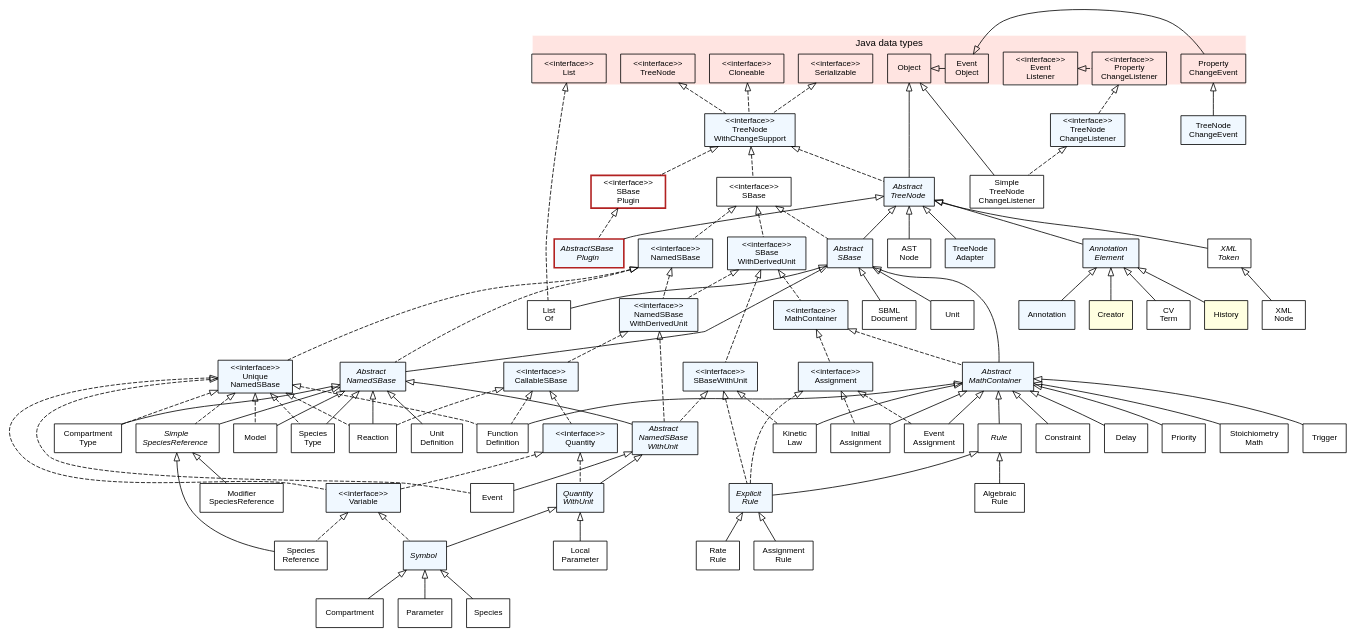
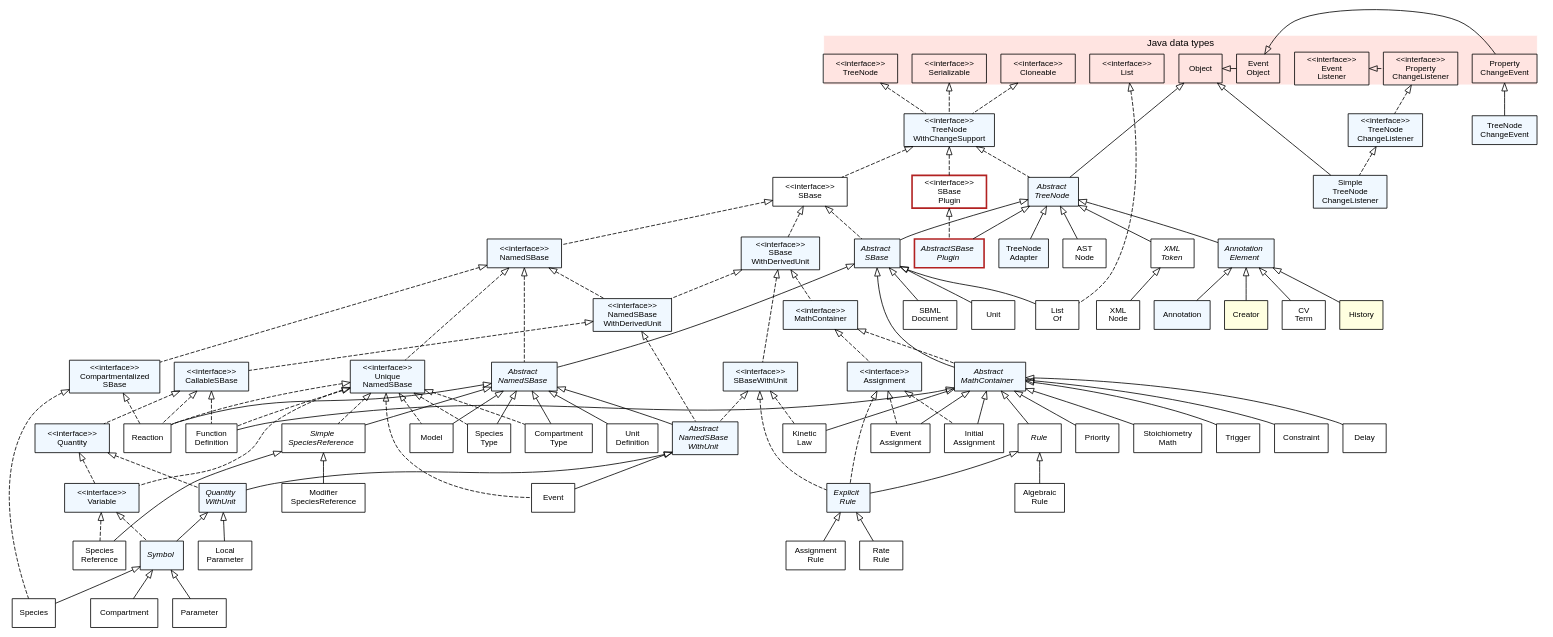
The diagram in core/doc/common/img/FullTypeHierarchy.dot (ChavaVennela/jsbml), drawn with Graphviz before and after one commit. The commit also changed 54 other files, not shown here.

```diff
--- a/core/doc/common/img/FullTypeHierarchy.dot
+++ b/core/doc/common/img/FullTypeHierarchy.dot
@@ -67,6 +67,7 @@
 
   Assignment                               [label="<<interface>>\nAssignment", style="filled", fillcolor="#F0F8FF"];
   CallableSBase                            [label="<<interface>>\nCallableSBase", style="filled", fillcolor="#F0F8FF"];
+  CompartmentalizedSBase                   [label="<<interface>>\nCompartmentalized\nSBase", style="filled", fillcolor="#F0F8FF"];
   MathContainer                            [label="<<interface>>\nMathContainer", style="filled", fillcolor="#F0F8FF"];
   NamedSBase                               [label="<<interface>>\nNamedSBase", style="filled", fillcolor="#F0F8FF"];
   NamedSBaseWithDerivedUnit                [label="<<interface>>\nNamedSBase\nWithDerivedUnit", style="filled", fillcolor="#F0F8FF"];
@@ -127,7 +128,7 @@
   RateRule                                 [label="Rate\nRule"];
   Reaction                                 [label="Reaction"];
   SBMLDocument                             [label="SBML\nDocument"];
-  SimpleTreeNodeChangeListener             [label="Simple\nTreeNode\nChangeListener", fillcolor="#FFFFE0"];
+  SimpleTreeNodeChangeListener             [label="Simple\nTreeNode\nChangeListener", style="filled", fillcolor="#F0F8FF"];
   Species                                  [label="Species"];
   SpeciesReference                         [label="Species\nReference"];
   SpeciesType                              [label="Species\nType"];
@@ -185,6 +186,8 @@
   CallableSBase              -> FunctionDefinition           [dir=back,arrowtail=empty,style=dashed];
   CallableSBase              -> Reaction                     [dir=back,arrowtail=empty,style=dashed];
   Cloneable                  -> TreeNodeWithChangeSupport    [dir=back,arrowtail=empty,style=dashed];
+  CompartmentalizedSBase     -> Species                      [dir=back,arrowtail=empty,style=dashed];
+  CompartmentalizedSBase     -> Reaction                     [dir=back,arrowtail=empty,style=dashed];
   EventObject                -> PropertyChangeEvent          [dir=back,arrowtail=empty];
   EventListener              -> PropertyChangeEvent          [style=invis]; // Helper for better layout
   EventListener              -> PropertyChangeListener       [dir=back,arrowtail=empty,style=dashed];
@@ -194,6 +197,7 @@
   MathContainer              -> AbstractMathContainer        [dir=back,arrowtail=empty,style=dashed];
   MathContainer              -> Assignment                   [dir=back,arrowtail=empty,style=dashed];
   NamedSBase                 -> AbstractNamedSBase           [dir=back,arrowtail=empty,style=dashed];
+  NamedSBase                 -> CompartmentalizedSBase       [dir=back,arrowtail=empty,style=dashed];
   NamedSBase                 -> NamedSBaseWithDerivedUnit    [dir=back,arrowtail=empty,style=dashed];
   NamedSBase                 -> UniqueNamedSBase             [dir=back,arrowtail=empty,style=dashed];
   NamedSBaseWithDerivedUnit  -> AbstractNamedSBaseWithUnit   [dir=back,arrowtail=empty,style=dashed];
```
